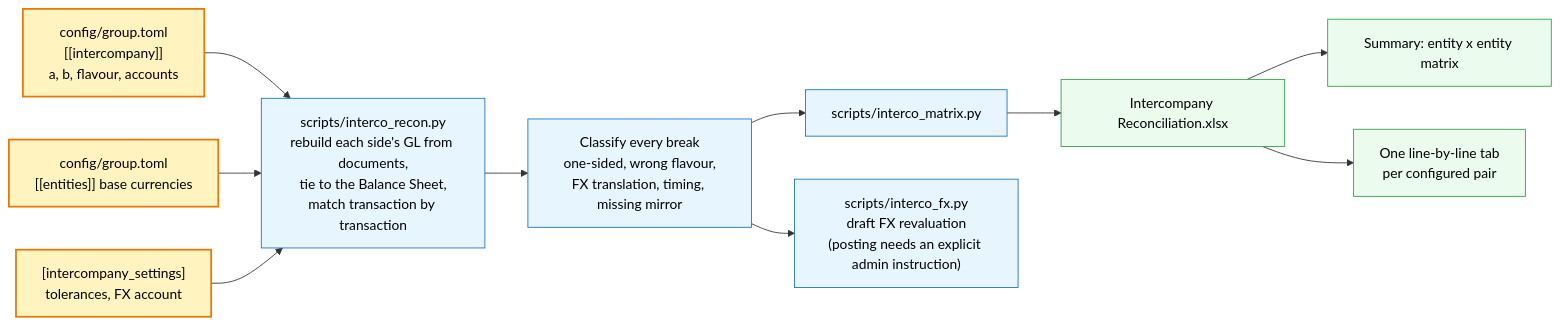
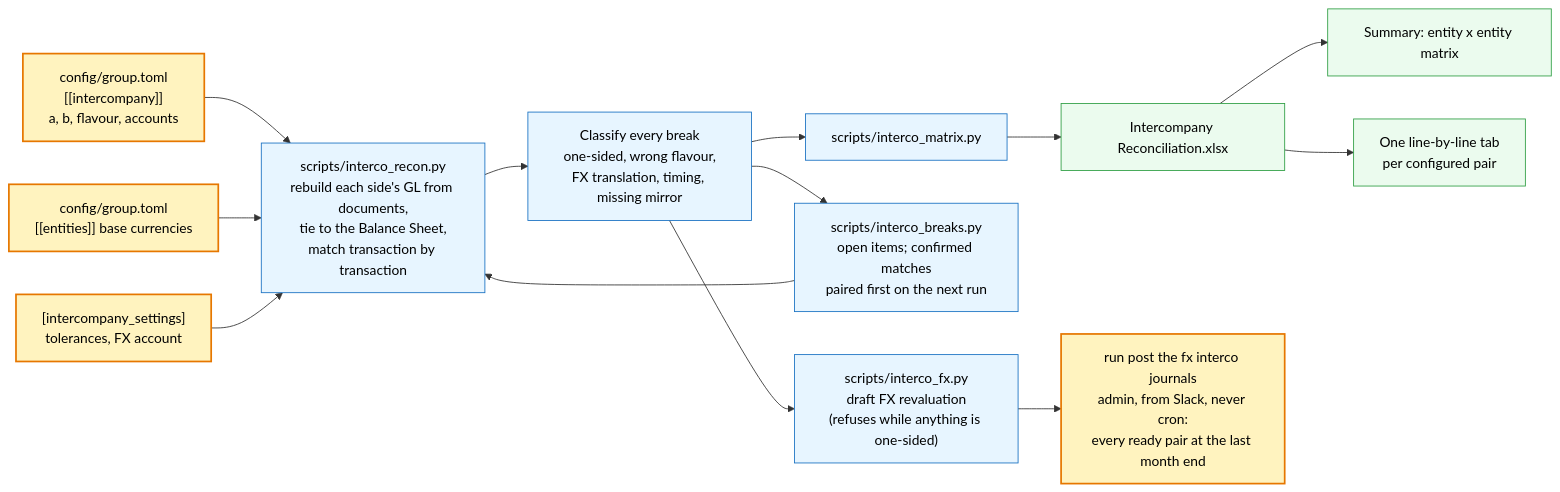
The sixth of 10 diagrams in ARCHITECTURE.md (Jean-lucW/accounting-agent), drawn with Mermaid before and after one commit. The commit also changed other lines of this file and 16 other files, not shown here.

````diff
--- a/ARCHITECTURE.md
+++ b/ARCHITECTURE.md
@@ -300,18 +300,21 @@
 ```mermaid
 flowchart LR
     P["config/group.toml<br/>[[intercompany]]<br/>a, b, flavour, accounts"]:::you
     E["config/group.toml<br/>[[entities]] base currencies"]:::you
     S["[intercompany_settings]<br/>tolerances, FX account"]:::you
 
     P & E & S --> REC["scripts/interco_recon.py<br/>rebuild each side's GL from documents,<br/>tie to the Balance Sheet,<br/>match transaction by transaction"]:::code
     REC --> CLS["Classify every break<br/>one-sided, wrong flavour,<br/>FX translation, timing, missing mirror"]:::code
     CLS --> MAT["scripts/interco_matrix.py"]:::code
     MAT --> WB["Intercompany Reconciliation.xlsx"]:::out
     WB --> T1["Summary: entity x entity matrix"]:::out
     WB --> T2["One line-by-line tab<br/>per configured pair"]:::out
-    CLS --> FX["scripts/interco_fx.py<br/>draft FX revaluation<br/>(posting needs an explicit admin instruction)"]:::code
+    CLS --> BRK["scripts/interco_breaks.py<br/>open items; confirmed matches<br/>paired first on the next run"]:::code
+    BRK --> REC
+    CLS --> FX["scripts/interco_fx.py<br/>draft FX revaluation<br/>(refuses while anything is one-sided)"]:::code
+    FX --> POST["run post the fx interco journals<br/>admin, from Slack, never cron:<br/>every ready pair at the last month end"]:::you
 
     classDef you fill:#fff3bf,stroke:#e67700,stroke-width:2px,color:#000
     classDef code fill:#e7f5ff,stroke:#1971c2,color:#000
     classDef out fill:#ebfbee,stroke:#2f9e44,color:#000
 ```
````
